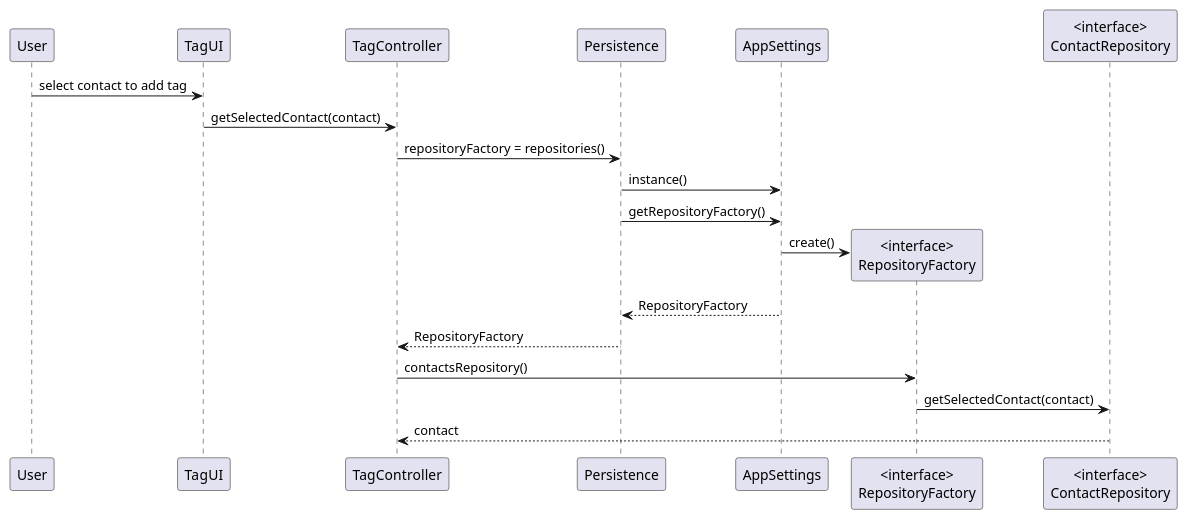
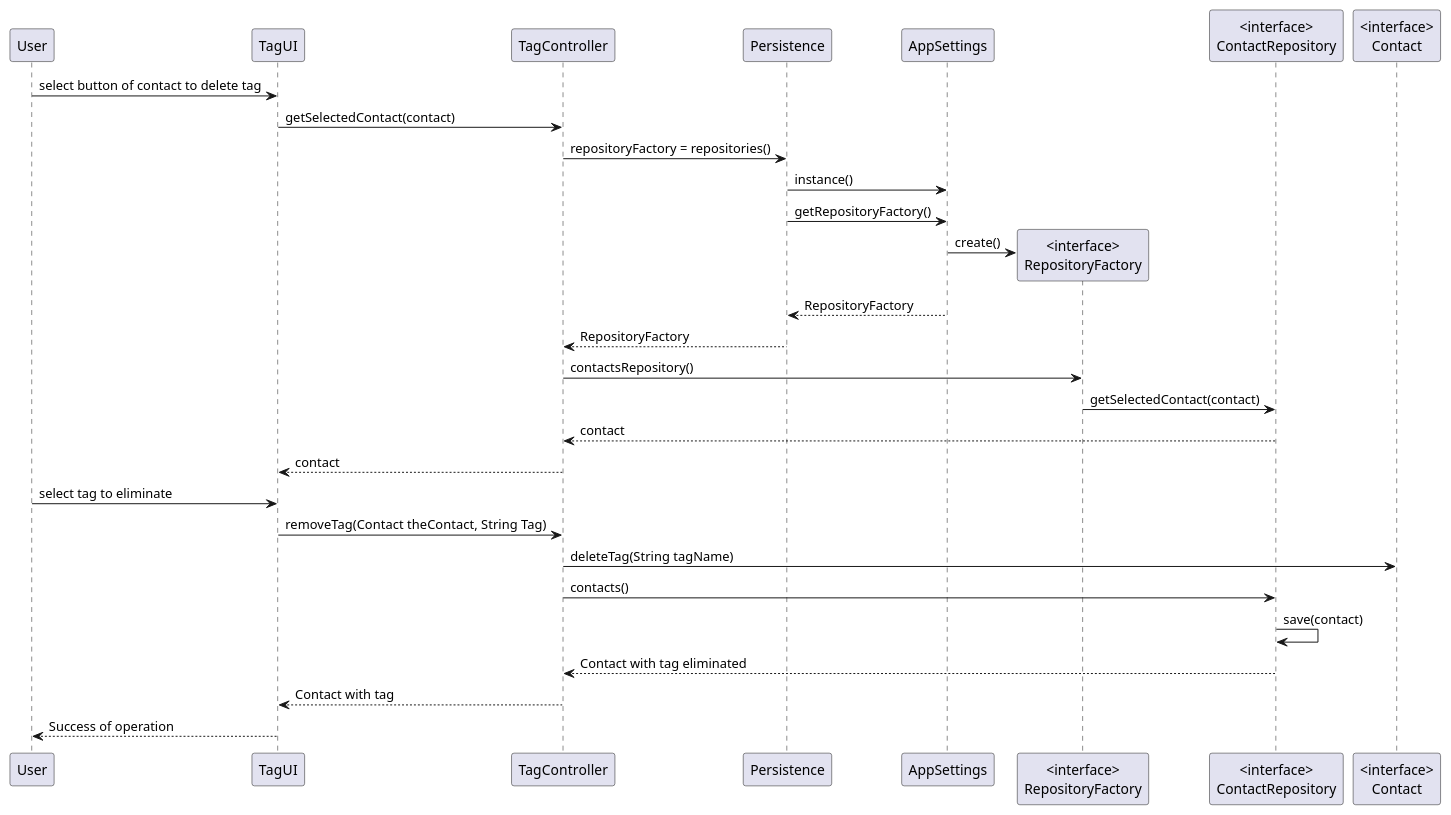
The diagram in src/main/java/csheets/worklog/n1130523/sprint3/crm_contacts_with_tags_design_sd_3.puml (RubenTeixeira/cleansheets_isep_2dg_2016), drawn with PlantUML before and after one commit. The commit also changed 1 other file, not shown here.

```diff
--- a/src/main/java/csheets/worklog/n1130523/sprint3/crm_contacts_with_tags_design_sd_3.puml
+++ b/src/main/java/csheets/worklog/n1130523/sprint3/crm_contacts_with_tags_design_sd_3.puml
@@ -1,17 +1,26 @@
 @startuml doc-files/crm_contacts_with_tags_design_sd_3.png
 
 
-User -> TagUI : select contact to add tag
+User -> TagUI : select button of contact to delete tag
 TagUI -> TagController: getSelectedContact(contact)
 TagController -> Persistence : repositoryFactory = repositories()
 Persistence -> AppSettings : instance()
 Persistence -> AppSettings : getRepositoryFactory()
 create "<interface>\nRepositoryFactory"
 AppSettings -> "<interface>\nRepositoryFactory" : create()
 AppSettings --> Persistence : RepositoryFactory
 Persistence --> TagController : RepositoryFactory
 TagController -> "<interface>\nRepositoryFactory" : contactsRepository()
 "<interface>\nRepositoryFactory" -> "<interface>\nContactRepository": getSelectedContact(contact)
 TagController <-- "<interface>\nContactRepository": contact
+TagUI <-- TagController: contact
+User -> TagUI : select tag to eliminate
+TagUI -> TagController: removeTag(Contact theContact, String Tag)
+TagController->  "<interface>\nContact" : deleteTag(String tagName)
+TagController -> "<interface>\nContactRepository": contacts()
+"<interface>\nContactRepository"-> "<interface>\nContactRepository": save(contact)
+TagController <-- "<interface>\nContactRepository": Contact with tag eliminated
+TagUI <-- TagController: Contact with tag
+User <--  TagUI: Success of operation
 
 @enduml
```
